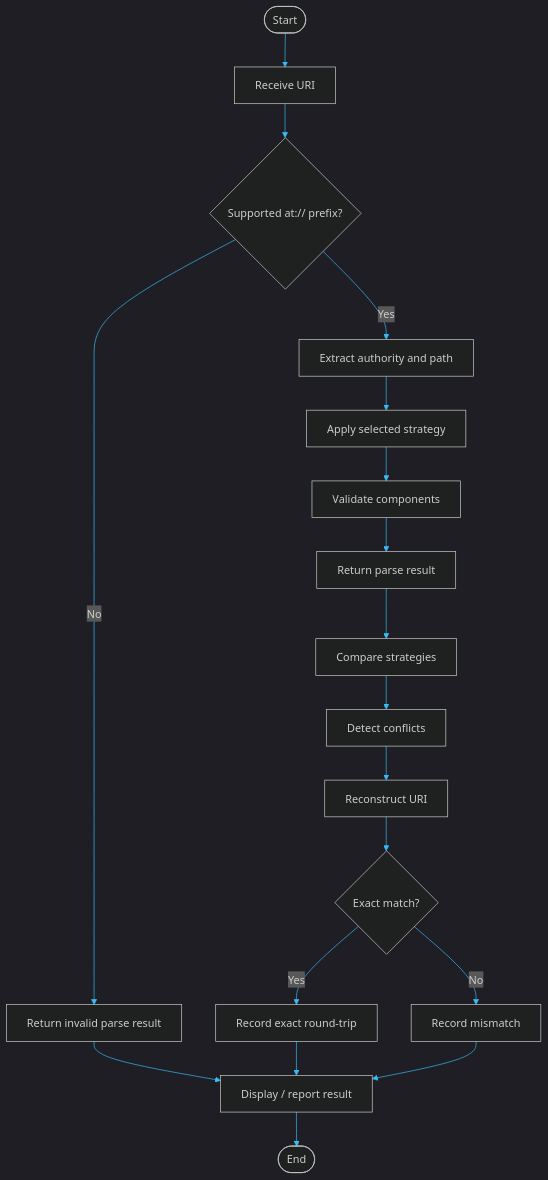
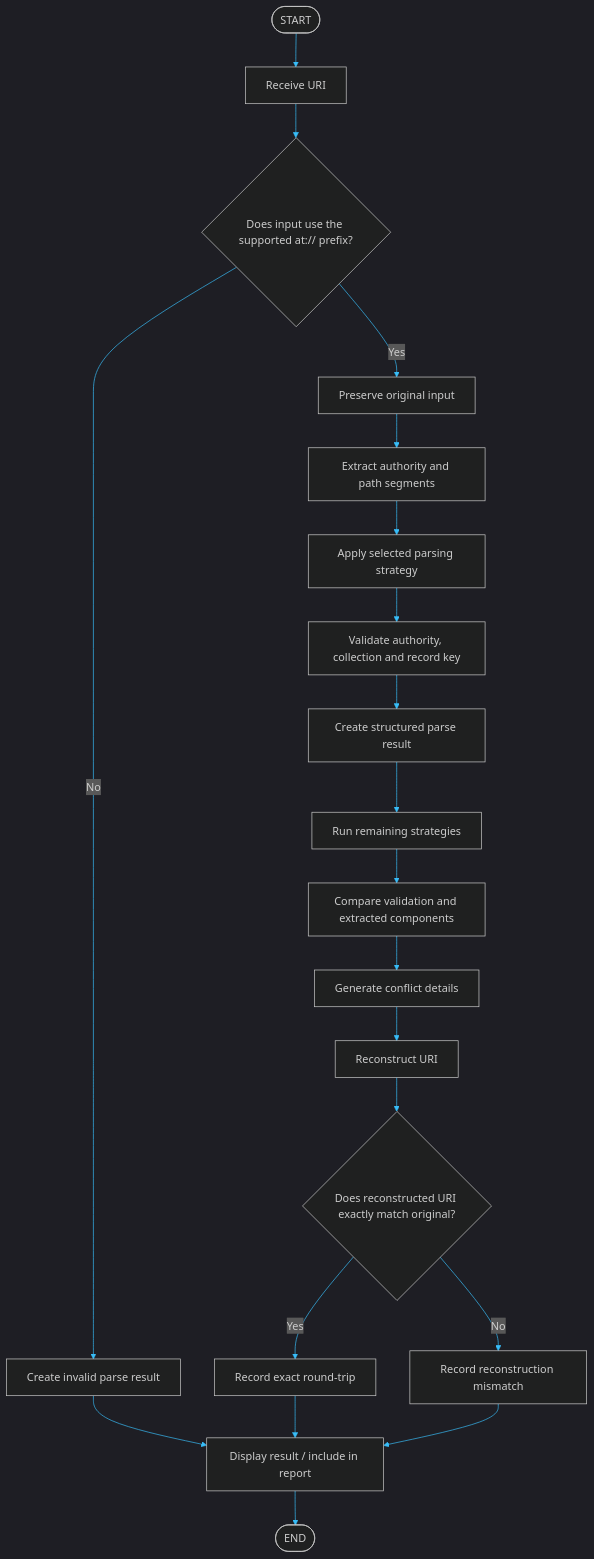
Diagram 12 of 15 in README.md (aiori-hackathon/A3-PS026-TC073), drawn with Mermaid before and after one commit. The commit also changed other lines of this file, not shown here.

````diff
--- a/README.md
+++ b/README.md
@@ -1284,21 +1289,24 @@
 ```mermaid
 %%{init: {'theme':'dark','themeVariables': {'darkMode': true,'background':'#07111F','primaryColor':'#102A43','primaryTextColor':'#E6F6FF','primaryBorderColor':'#22D3EE','lineColor':'#38BDF8','secondaryColor':'#0B2238','tertiaryColor':'#123B63','fontFamily':'ui-monospace, SFMono-Regular, Consolas, monospace'}}}%%
-flowchart TD
-    A(["Start"]) --> B["Receive URI"]
-    B --> C{"Supported at:// prefix?"}
-    C -->|No| D["Return invalid parse result"]
-    C -->|Yes| E["Extract authority and path"]
-    E --> F["Apply selected strategy"]
-    F --> G["Validate components"]
-    G --> H["Return parse result"]
-    H --> I["Compare strategies"]
-    I --> J["Detect conflicts"]
-    J --> K["Reconstruct URI"]
-    K --> L{"Exact match?"}
-    L -->|Yes| M["Record exact round-trip"]
-    L -->|No| N["Record mismatch"]
-    D --> O["Display / report result"]
-    M --> O
-    N --> O
-    O --> P(["End"])
+flowchart TB
+    A(["START"]) --> B["Receive URI"]
+    B --> C{"Does input use the supported at:// prefix?"}
+    C -->|No| D["Create invalid parse result"]
+    C -->|Yes| E["Preserve original input"]
+    E --> F["Extract authority and path segments"]
+    F --> G["Apply selected parsing strategy"]
+    G --> H["Validate authority, collection and record key"]
+    H --> I["Create structured parse result"]
+    I --> J["Run remaining strategies"]
+    J --> K["Compare validation and extracted components"]
+    K --> L["Generate conflict details"]
+    L --> M["Reconstruct URI"]
+    M --> N{"Does reconstructed URI exactly match original?"}
+    N -->|Yes| O["Record exact round-trip"]
+    N -->|No| P["Record reconstruction mismatch"]
+    D --> Q["Display result / include in report"]
+    O --> Q
+    P --> Q
+    Q --> R(["END"])
+
 ```
````
